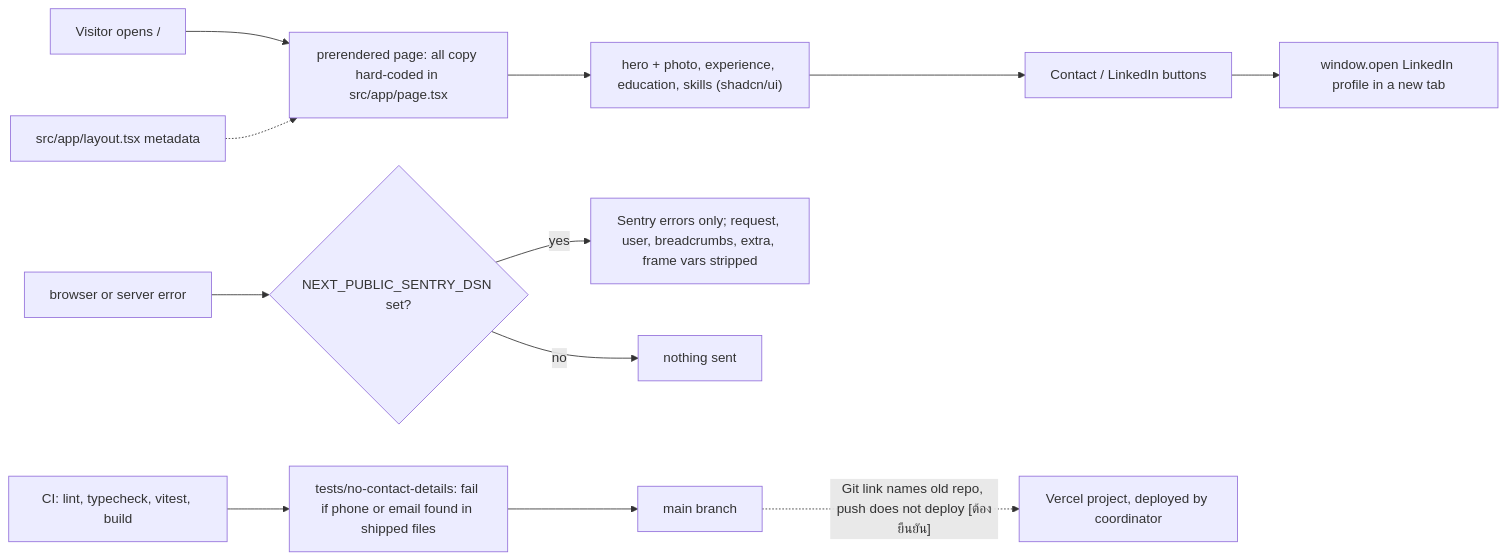
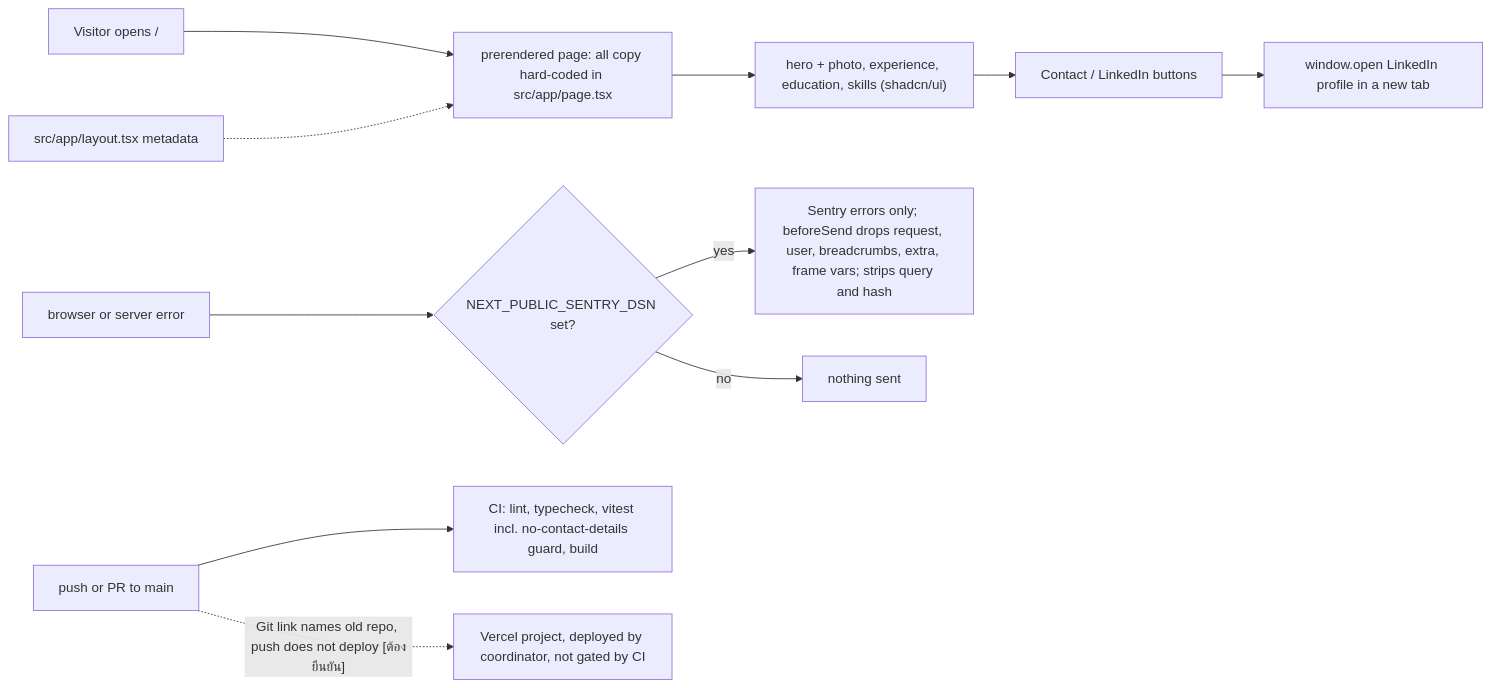
Before and after one commit to bookchaowalit-website/portfolio-hr-web: the first of 2 diagrams in docs/diagrams/01-business-process.md, drawn with Mermaid. The commit also changed other lines of this file, not shown here.

Commit message:
docs: correct As-Is/To-Be facts from review (01-business-process)

````diff
--- a/docs/diagrams/01-business-process.md
+++ b/docs/diagrams/01-business-process.md
@@ -9,14 +9,13 @@
 ```mermaid
 flowchart LR
   V["Visitor opens /"] --> PAGE["prerendered page: all copy hard-coded in src/app/page.tsx"]
   PAGE --> VIEW["hero + photo, experience, education, skills (shadcn/ui)"]
   VIEW --> BTN["Contact / LinkedIn buttons"]
   BTN --> LI["window.open LinkedIn profile in a new tab"]
   LAYOUT["src/app/layout.tsx metadata"] -.-> PAGE
   ERR["browser or server error"] --> SENT{"NEXT_PUBLIC_SENTRY_DSN set?"}
-  SENT -->|yes| SCRUB["Sentry errors only; request, user, breadcrumbs, extra, frame vars stripped"]
+  SENT -->|yes| SCRUB["Sentry errors only; beforeSend drops request, user, breadcrumbs, extra, frame vars; strips query and hash"]
   SENT -->|no| NOOP["nothing sent"]
-  CI["CI: lint, typecheck, vitest, build"] --> GUARD["tests/no-contact-details: fail if phone or email found in shipped files"]
-  GUARD --> MAIN["main branch"]
-  MAIN -.->|"Git link names old repo, push does not deploy [ต้องยืนยัน]"| DEPLOY["Vercel project, deployed by coordinator"]
+  PUSH["push or PR to main"] --> CI["CI: lint, typecheck, vitest incl. no-contact-details guard, build"]
+  PUSH -.->|"Git link names old repo, push does not deploy [ต้องยืนยัน]"| DEPLOY["Vercel project, deployed by coordinator, not gated by CI"]
 ```
````
